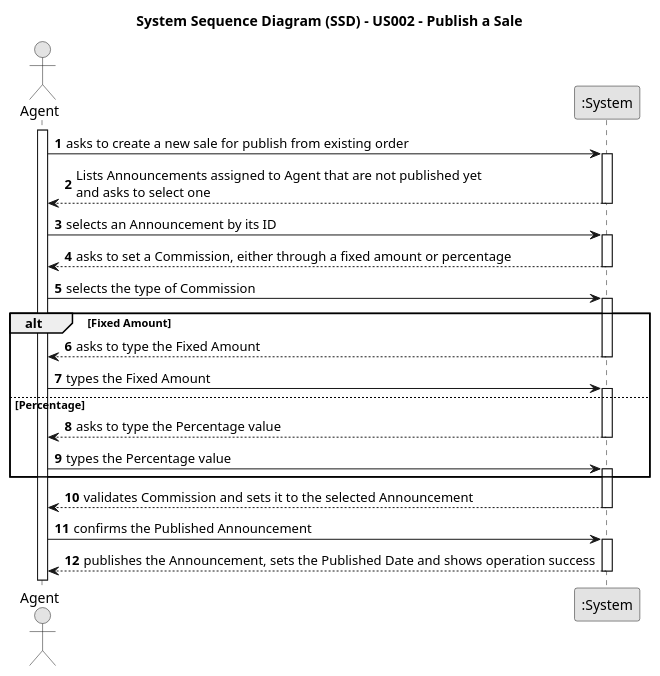
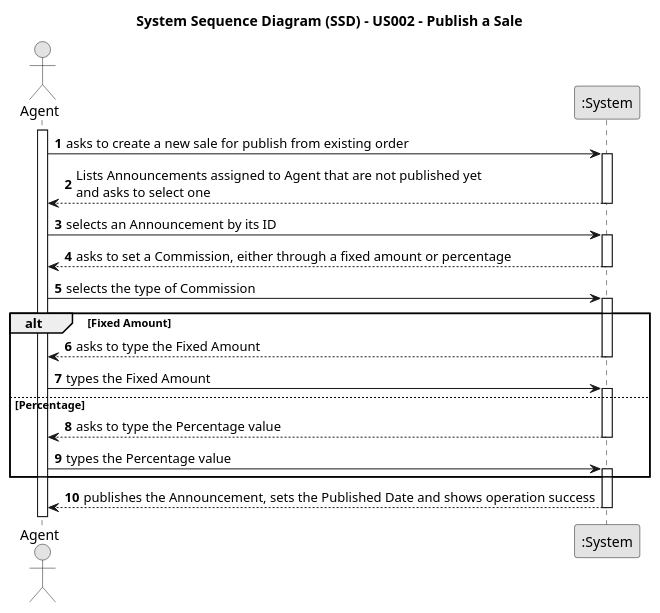
Before and after one commit to Goncalves2525/real-estate-management-system: the diagram in docs/sprintC/us002/01.requirements-engineering/puml/us002-system-sequence-diagram-alternative-two.puml, drawn with PlantUML. The commit also changed 9 other files, not shown here.

```diff
--- a/docs/sprintC/us002/01.requirements-engineering/puml/us002-system-sequence-diagram-alternative-two.puml
+++ b/docs/sprintC/us002/01.requirements-engineering/puml/us002-system-sequence-diagram-alternative-two.puml
@@ -1,54 +1,54 @@
 @startuml
 skinparam monochrome true
 skinparam packageStyle rectangle
 skinparam shadowing false
 
 title System Sequence Diagram (SSD) - US002 - Publish a Sale
 
 autonumber
 
 actor "Agent" as Agent
 participant ":System" as System
 
 activate Agent
 
 Agent -> System : asks to create a new sale for publish from existing order
 activate System
 
 System --> Agent : Lists Announcements assigned to Agent that are not published yet\nand asks to select one
 deactivate System
 
 Agent -> System : selects an Announcement by its ID
 activate System
 
 System --> Agent : asks to set a Commission, either through a fixed amount or percentage
 deactivate System
 
 Agent -> System : selects the type of Commission
 activate System
 
 alt Fixed Amount
     System --> Agent : asks to type the Fixed Amount
     deactivate System
 
     Agent -> System : types the Fixed Amount
     activate System
 else Percentage
     System --> Agent : asks to type the Percentage value
     deactivate System
 
     Agent -> System : types the Percentage value
     activate System
 end
 
-System --> Agent : validates Commission and sets it to the selected Announcement
-deactivate System
-
-Agent -> System : confirms the Published Announcement
-activate System
+'System --> Agent : validates Commission and sets it to the selected Announcement
+'deactivate System
+'
+'Agent -> System : confirms the Published Announcement
+'activate System
 
 System --> Agent : publishes the Announcement, sets the Published Date and shows operation success
 deactivate System
 
 
 @enduml
```
